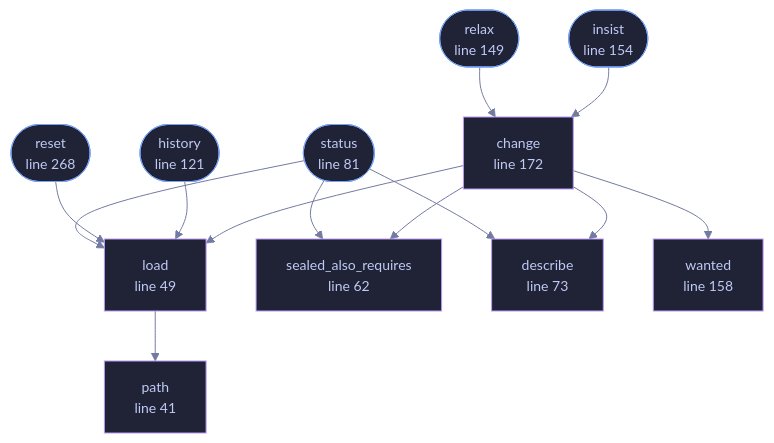
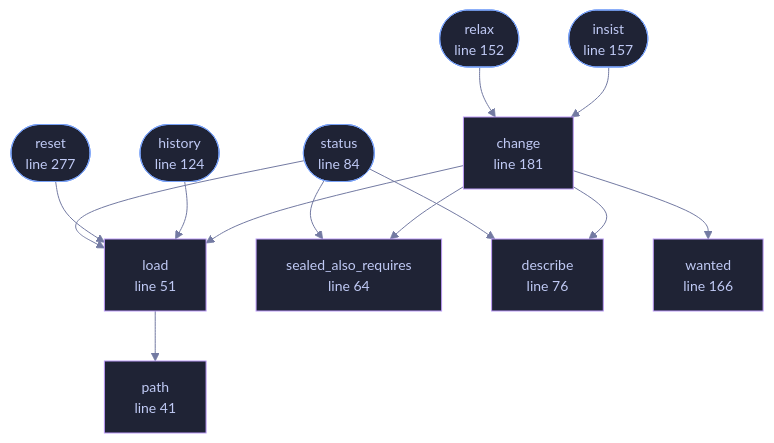
One commit to tilas01/veilvoice changed the diagram in docs/files/veilvoice-cli/mandate.md. Above: the diagram before and after it, drawn with Mermaid. The commit also changed other lines of this file and 57 other files, not shown here.

````diff
--- a/docs/files/veilvoice-cli/mandate.md
+++ b/docs/files/veilvoice-cli/mandate.md
@@ -92,42 +92,42 @@
 ```mermaid
 %%{init: {"theme":"base","themeVariables":{"background":"#1a1b26","primaryColor":"#1f2335","primaryTextColor":"#c0caf5","primaryBorderColor":"#7aa2f7","secondaryColor":"#16161e","tertiaryColor":"#16161e","lineColor":"#737aa2","textColor":"#c0caf5","mainBkg":"#1f2335","nodeBorder":"#7aa2f7","clusterBkg":"#16161e","clusterBorder":"#2f3549","fontFamily":"ui-monospace, SFMono-Regular, Consolas, monospace","fontSize":"14px"}}}%%
 flowchart TD
     n_path["path<br/>line 41"]
-    n_load["load<br/>line 49"]
-    n_sealed_also_requires["sealed_also_requires<br/>line 62"]
-    n_describe["describe<br/>line 73"]
-    n_status(["status<br/>line 81"])
-    n_history(["history<br/>line 121"])
-    n_relax(["relax<br/>line 149"])
-    n_insist(["insist<br/>line 154"])
-    n_wanted["wanted<br/>line 158"]
-    n_change["change<br/>line 172"]
-    n_reset(["reset<br/>line 268"])
+    n_load["load<br/>line 51"]
+    n_sealed_also_requires["sealed_also_requires<br/>line 64"]
+    n_describe["describe<br/>line 76"]
+    n_status(["status<br/>line 84"])
+    n_history(["history<br/>line 124"])
+    n_relax(["relax<br/>line 152"])
+    n_insist(["insist<br/>line 157"])
+    n_wanted["wanted<br/>line 166"]
+    n_change["change<br/>line 181"]
+    n_reset(["reset<br/>line 277"])
     n_change --> n_describe
     n_change --> n_load
     n_change --> n_sealed_also_requires
     n_change --> n_wanted
     n_history --> n_load
     n_insist --> n_change
     n_load --> n_path
     n_relax --> n_change
     n_reset --> n_load
     n_status --> n_describe
     n_status --> n_load
     n_status --> n_sealed_also_requires
     click n_path href "https://github.com/tilas01/veilvoice/blob/main/crates/veilvoice-cli/src/mandate.rs#L41" "open the source"
-    click n_load href "https://github.com/tilas01/veilvoice/blob/main/crates/veilvoice-cli/src/mandate.rs#L49" "open the source"
-    click n_sealed_also_requires href "https://github.com/tilas01/veilvoice/blob/main/crates/veilvoice-cli/src/mandate.rs#L62" "open the source"
-    click n_describe href "https://github.com/tilas01/veilvoice/blob/main/crates/veilvoice-cli/src/mandate.rs#L73" "open the source"
-    click n_status href "https://github.com/tilas01/veilvoice/blob/main/crates/veilvoice-cli/src/mandate.rs#L81" "open the source"
-    click n_history href "https://github.com/tilas01/veilvoice/blob/main/crates/veilvoice-cli/src/mandate.rs#L121" "open the source"
-    click n_relax href "https://github.com/tilas01/veilvoice/blob/main/crates/veilvoice-cli/src/mandate.rs#L149" "open the source"
-    click n_insist href "https://github.com/tilas01/veilvoice/blob/main/crates/veilvoice-cli/src/mandate.rs#L154" "open the source"
-    click n_wanted href "https://github.com/tilas01/veilvoice/blob/main/crates/veilvoice-cli/src/mandate.rs#L158" "open the source"
-    click n_change href "https://github.com/tilas01/veilvoice/blob/main/crates/veilvoice-cli/src/mandate.rs#L172" "open the source"
-    click n_reset href "https://github.com/tilas01/veilvoice/blob/main/crates/veilvoice-cli/src/mandate.rs#L268" "open the source"
+    click n_load href "https://github.com/tilas01/veilvoice/blob/main/crates/veilvoice-cli/src/mandate.rs#L51" "open the source"
+    click n_sealed_also_requires href "https://github.com/tilas01/veilvoice/blob/main/crates/veilvoice-cli/src/mandate.rs#L64" "open the source"
+    click n_describe href "https://github.com/tilas01/veilvoice/blob/main/crates/veilvoice-cli/src/mandate.rs#L76" "open the source"
+    click n_status href "https://github.com/tilas01/veilvoice/blob/main/crates/veilvoice-cli/src/mandate.rs#L84" "open the source"
+    click n_history href "https://github.com/tilas01/veilvoice/blob/main/crates/veilvoice-cli/src/mandate.rs#L124" "open the source"
+    click n_relax href "https://github.com/tilas01/veilvoice/blob/main/crates/veilvoice-cli/src/mandate.rs#L152" "open the source"
+    click n_insist href "https://github.com/tilas01/veilvoice/blob/main/crates/veilvoice-cli/src/mandate.rs#L157" "open the source"
+    click n_wanted href "https://github.com/tilas01/veilvoice/blob/main/crates/veilvoice-cli/src/mandate.rs#L166" "open the source"
+    click n_change href "https://github.com/tilas01/veilvoice/blob/main/crates/veilvoice-cli/src/mandate.rs#L181" "open the source"
+    click n_reset href "https://github.com/tilas01/veilvoice/blob/main/crates/veilvoice-cli/src/mandate.rs#L277" "open the source"
     classDef entry fill:#1f2335,stroke:#7aa2f7,color:#c0caf5
     class n_status,n_history,n_relax,n_insist,n_reset entry
     classDef helper fill:#1f2335,stroke:#bb9af7,color:#c0caf5
     class n_path,n_load,n_sealed_also_requires,n_describe,n_wanted,n_change helper
 ```
````
